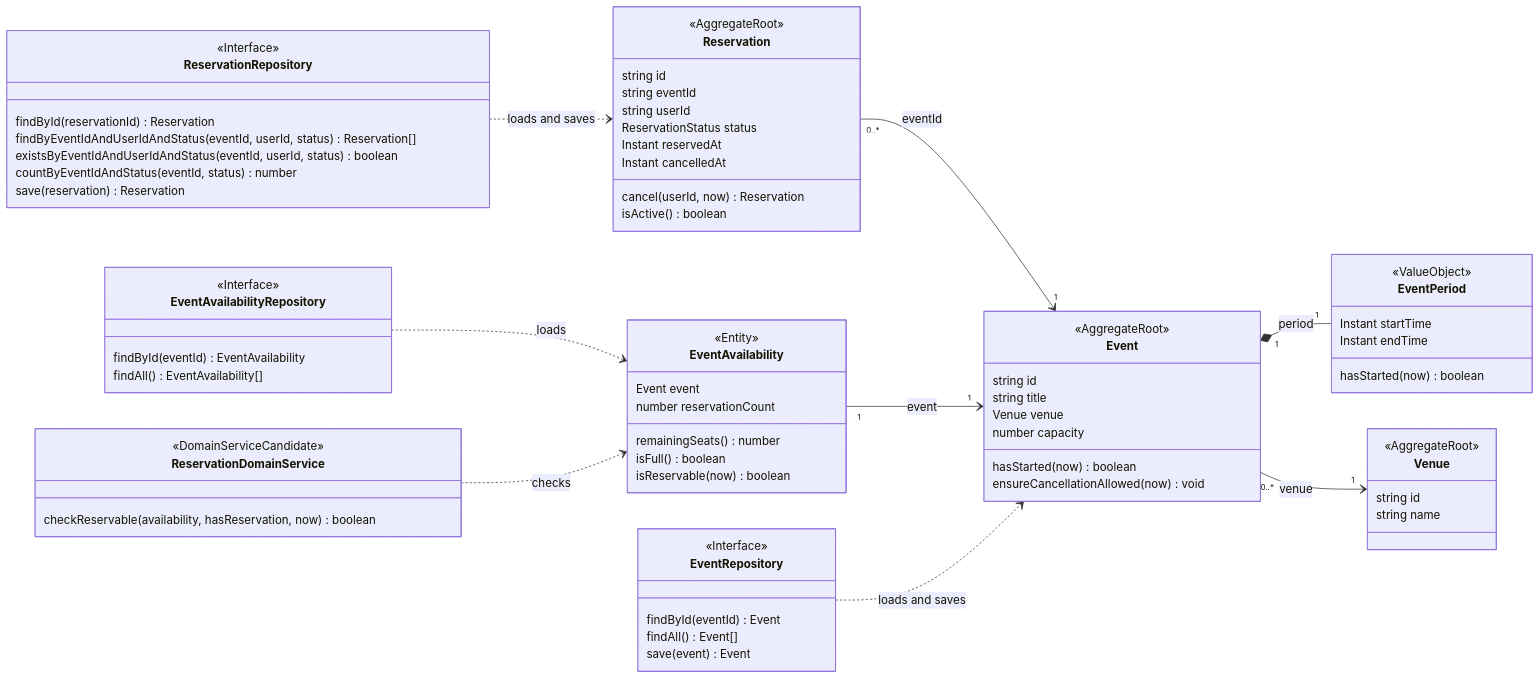
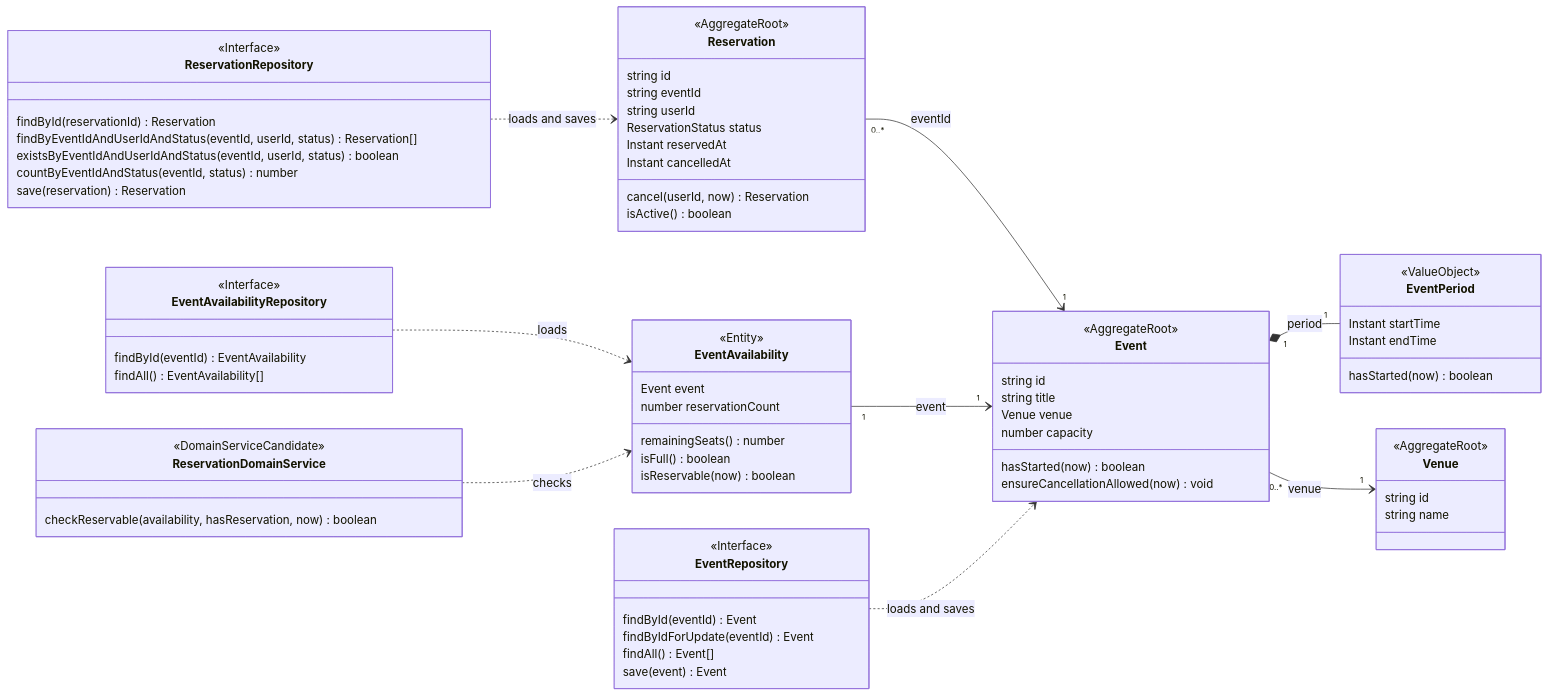
Before and after one commit to netakiryosuke/nextjs-ddd-sample: the first of 2 diagrams in docs/domain-model.md, drawn with Mermaid. The commit also changed other lines of this file and 1 other file, not shown here.

Commit message:
Document shared transactions and event row locking

```diff
--- a/docs/domain-model.md
+++ b/docs/domain-model.md
@@ -89,6 +89,7 @@
     class EventRepository {
         <<Interface>>
         findById(eventId) Event
+        findByIdForUpdate(eventId) Event
         findAll() Event[]
         save(event) Event
     }
```
